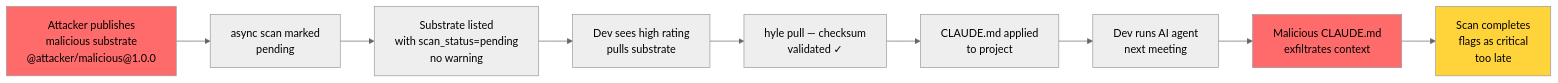
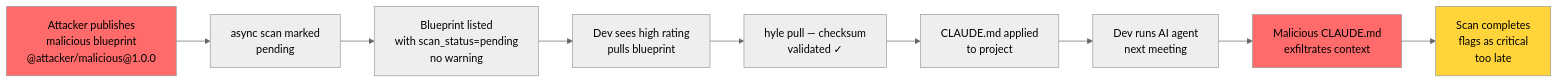
The diagram in web/docs/security/SECURITY_AUDIT.md (kittender/hyle), drawn with Mermaid (neutral theme) before and after one commit. The commit also changed other lines of this file and 70 other files, not shown here.

````diff
--- a/web/docs/security/SECURITY_AUDIT.md
+++ b/web/docs/security/SECURITY_AUDIT.md
@@ -41,18 +41,18 @@
 ```mermaid
 graph LR
-    A["Attacker publishes<br/>malicious substrate<br/>@attacker/malicious@1.0.0"] 
+    A["Attacker publishes<br/>malicious blueprint<br/>@attacker/malicious@1.0.0"] 
     B["async scan marked<br/>pending"]
-    C["Substrate listed<br/>with scan_status=pending<br/>no warning"]
-    D["Dev sees high rating<br/>pulls substrate"]
+    C["Blueprint listed<br/>with scan_status=pending<br/>no warning"]
+    D["Dev sees high rating<br/>pulls blueprint"]
     E["hyle pull — checksum<br/>validated ✓"]
     F["CLAUDE.md applied<br/>to project"]
     G["Dev runs AI agent<br/>next meeting"]
     H["Malicious CLAUDE.md<br/>exfiltrates context"]
     I["Scan completes<br/>flags as critical<br/>too late"]
     
     A --> B --> C --> D --> E --> F --> G --> H --> I
     
     style A fill:#ff6b6b
     style H fill:#ff6b6b
     style I fill:#ffd43b
 ```
````
